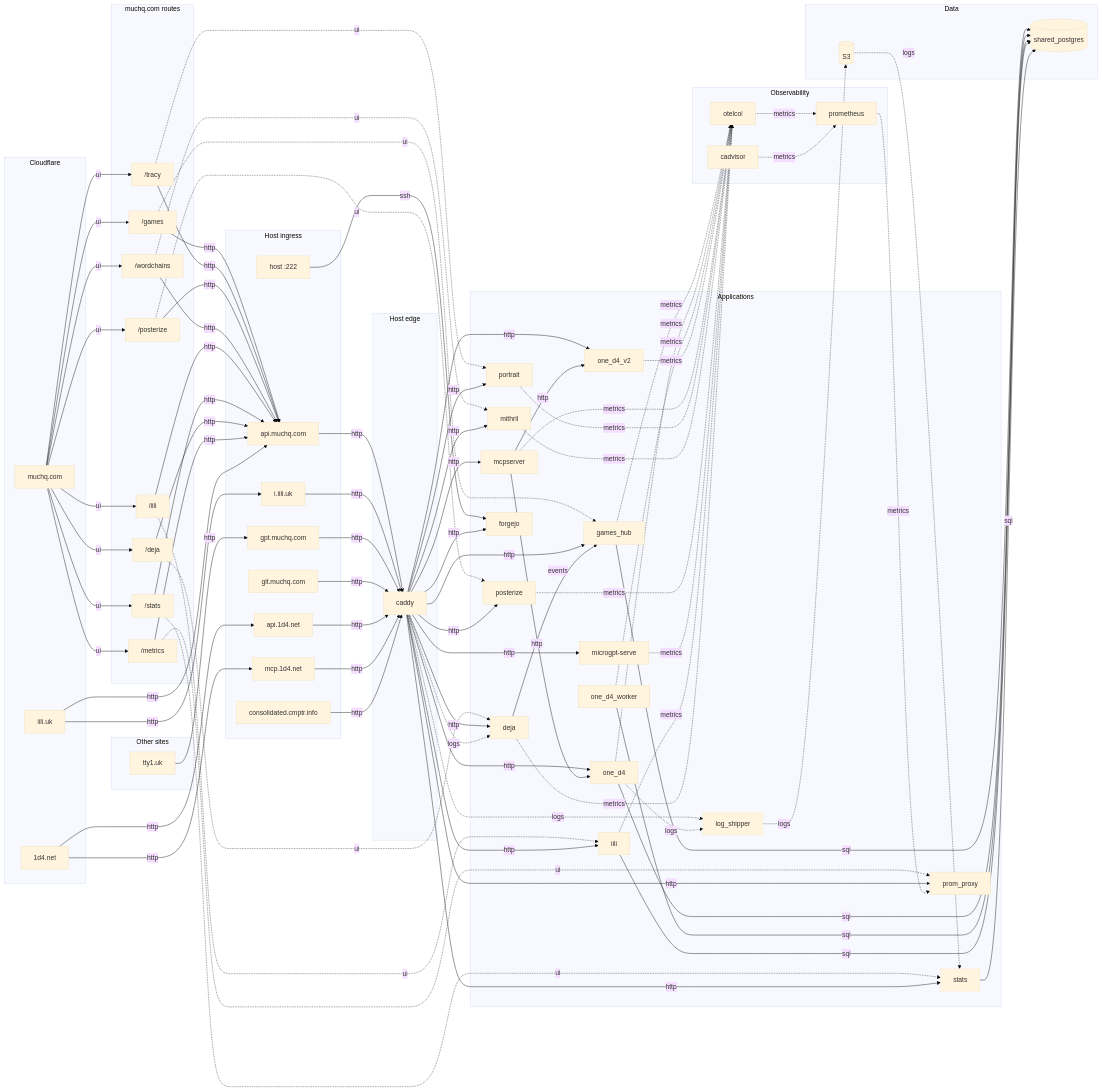
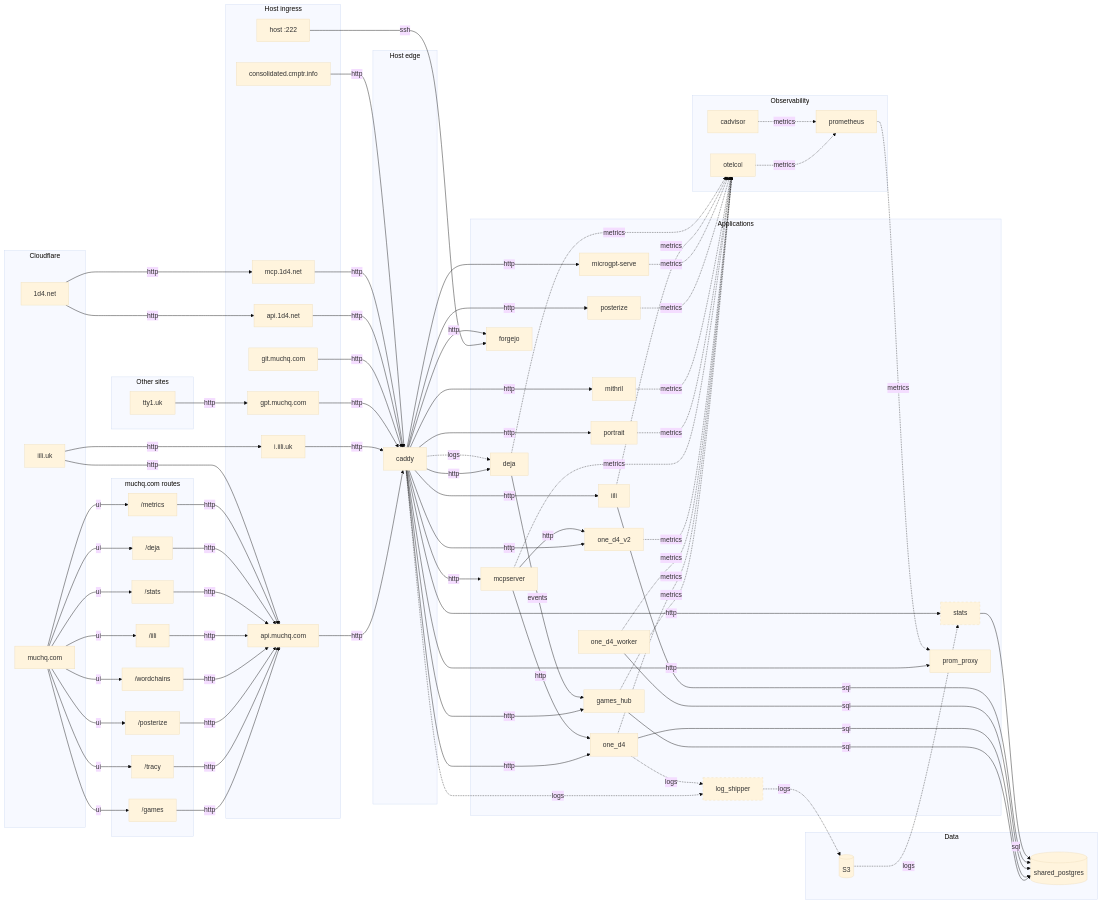
One commit to muchq/muchq.github.io changed the diagram in src/apps/topology/topology.mmd. Above: the diagram before and after it, drawn with Mermaid (base theme). The commit also changed 12 other files, not shown here.

Commit message:
topology: draw with dagre instead of mermaid

```diff
--- a/src/apps/topology/topology.mmd
+++ b/src/apps/topology/topology.mmd
@@ -1,163 +1,154 @@
 flowchart LR
   subgraph cf["Cloudflare"]
     muchq_com["muchq.com"]
     iili_uk["iili.uk"]
     one_d4_net["1d4.net"]
   end
 
   subgraph ext["Other sites"]
     tty1_uk["tty1.uk"]
   end
 
   subgraph ingress["Host ingress"]
     api_muchq["api.muchq.com"]
     i_iili_uk["i.iili.uk"]
     gpt_muchq["gpt.muchq.com"]
     git_muchq["git.muchq.com"]
     git_ssh["host :222"]
     api_1d4["api.1d4.net"]
     mcp_1d4["mcp.1d4.net"]
     cmptr["consolidated.cmptr.info"]
   end
 
   subgraph ui["muchq.com routes"]
     ui_games["/games"]
     ui_tracy["/tracy"]
     ui_posterize["/posterize"]
     ui_wordchains["/wordchains"]
     ui_iili["/iili"]
     ui_stats["/stats"]
     ui_deja["/deja"]
     ui_metrics["/metrics"]
   end
 
   subgraph edge["Host edge"]
     caddy["caddy"]
   end
 
   subgraph apps["Applications"]
     games_hub["games_hub"]
     one_d4["one_d4"]
     one_d4_worker["one_d4_worker"]
     one_d4_v2["one_d4_v2"]
     mcpserver["mcpserver"]
     portrait["portrait"]
     mithril["mithril"]
     posterize["posterize"]
     microgpt-serve["microgpt-serve"]
     iili["iili"]
     deja["deja"]
     stats["stats"]:::gated
     log_shipper["log_shipper"]:::gated
     forgejo["forgejo"]
     prom_proxy["prom_proxy"]
   end
 
   subgraph data["Data"]
     shared_postgres[("shared_postgres")]
     s3[("S3")]
   end
 
   subgraph obs["Observability"]
     otelcol["otelcol"]
     prometheus["prometheus"]
     cadvisor["cadvisor"]
   end
 
   muchq_com -->|ui| ui_games
   muchq_com -->|ui| ui_tracy
   muchq_com -->|ui| ui_posterize
   muchq_com -->|ui| ui_wordchains
   muchq_com -->|ui| ui_iili
   muchq_com -->|ui| ui_stats
   muchq_com -->|ui| ui_deja
   muchq_com -->|ui| ui_metrics
 
   ui_games -->|http| api_muchq
   ui_tracy -->|http| api_muchq
   ui_posterize -->|http| api_muchq
   ui_wordchains -->|http| api_muchq
   ui_iili -->|http| api_muchq
   ui_stats -->|http| api_muchq
   ui_deja -->|http| api_muchq
   ui_metrics -->|http| api_muchq
 
-  ui_games -.->|ui| games_hub
-  ui_tracy -.->|ui| portrait
-  ui_posterize -.->|ui| posterize
-  ui_wordchains -.->|ui| mithril
-  ui_iili -.->|ui| iili
-  ui_stats -.->|ui| stats
-  ui_deja -.->|ui| deja
-  ui_metrics -.->|ui| prom_proxy
-
   iili_uk -->|http| api_muchq
   iili_uk -->|http| i_iili_uk
   one_d4_net -->|http| api_1d4
   one_d4_net -->|http| mcp_1d4
   tty1_uk -->|http| gpt_muchq
 
   api_muchq -->|http| caddy
   i_iili_uk -->|http| caddy
   gpt_muchq -->|http| caddy
   git_muchq -->|http| caddy
   api_1d4 -->|http| caddy
   mcp_1d4 -->|http| caddy
   cmptr -->|http| caddy
   git_ssh -->|ssh| forgejo
 
   caddy -->|http| games_hub
   caddy -->|http| portrait
   caddy -->|http| mithril
   caddy -->|http| posterize
   caddy -->|http| microgpt-serve
   caddy -->|http| one_d4
   caddy -->|http| one_d4_v2
   caddy -->|http| iili
   caddy -->|http| stats
   caddy -->|http| deja
   caddy -->|http| mcpserver
   caddy -->|http| prom_proxy
   caddy -->|http| forgejo
 
   mcpserver -->|http| one_d4
   mcpserver -->|http| one_d4_v2
   deja -->|events| games_hub
 
   games_hub -->|sql| shared_postgres
   one_d4 -->|sql| shared_postgres
   one_d4_worker -->|sql| shared_postgres
   iili -->|sql| shared_postgres
   stats -->|sql| shared_postgres
 
   caddy -.->|logs| deja
   caddy -.->|logs| log_shipper
   one_d4 -.->|logs| log_shipper
   log_shipper -.->|logs| s3
   s3 -.->|logs| stats
 
   games_hub -.->|metrics| otelcol
   one_d4 -.->|metrics| otelcol
   one_d4_worker -.->|metrics| otelcol
   one_d4_v2 -.->|metrics| otelcol
   mcpserver -.->|metrics| otelcol
   portrait -.->|metrics| otelcol
   mithril -.->|metrics| otelcol
   posterize -.->|metrics| otelcol
   microgpt-serve -.->|metrics| otelcol
   iili -.->|metrics| otelcol
   deja -.->|metrics| otelcol
   otelcol -.->|metrics| prometheus
   cadvisor -.->|metrics| prometheus
   prometheus -.->|metrics| prom_proxy
 
   classDef gated stroke-dasharray: 5 5
 
   click games_hub "https://muchq.com/games"
   click portrait "https://muchq.com/tracy"
   click posterize "https://muchq.com/posterize"
   click mithril "https://muchq.com/wordchains"
   click iili "https://muchq.com/iili"
   click stats "https://muchq.com/stats"
   click deja "https://muchq.com/deja"
   click prom_proxy "https://muchq.com/metrics"
```
